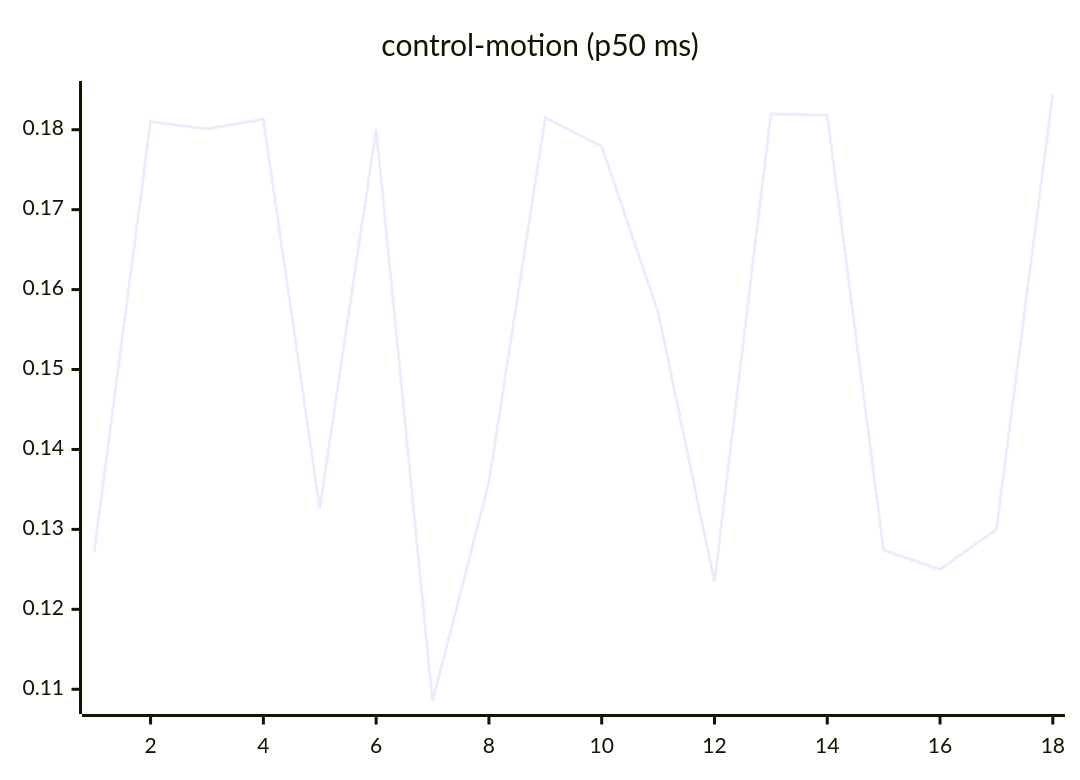
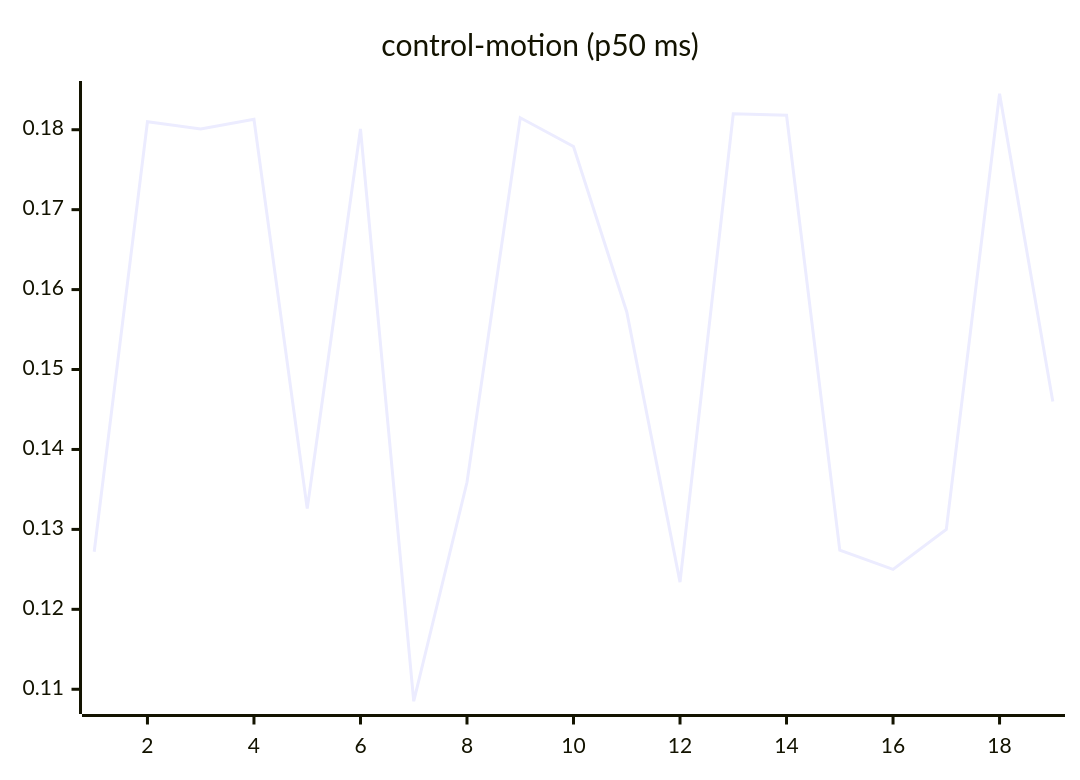
The seventh of 27 diagrams in README.md (josha/Facet), drawn with Mermaid before and after one commit. The commit also changed other lines of this file and 2 other files, not shown here.

````diff
--- a/README.md
+++ b/README.md
@@ -105,6 +105,6 @@
 ```mermaid
 xychart-beta
     title "control-motion (p50 ms)"
-    x-axis 1 --> 18
-    line [0.1272, 0.1810, 0.1801, 0.1813, 0.1326, 0.1801, 0.1085, 0.1359, 0.1815, 0.1779, 0.1572, 0.1234, 0.1820, 0.1818, 0.1274, 0.1250, 0.1300, 0.1845]
+    x-axis 1 --> 19
+    line [0.1272, 0.1810, 0.1801, 0.1813, 0.1326, 0.1801, 0.1085, 0.1359, 0.1815, 0.1779, 0.1572, 0.1234, 0.1820, 0.1818, 0.1274, 0.1250, 0.1300, 0.1845, 0.1460]
 ```
````
